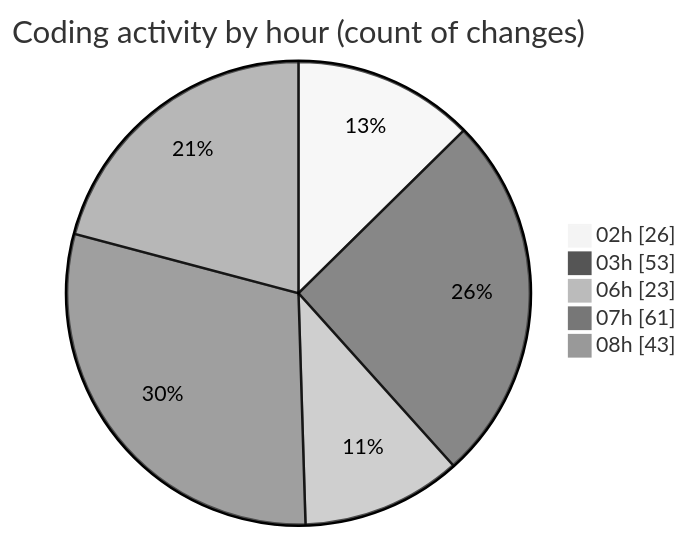
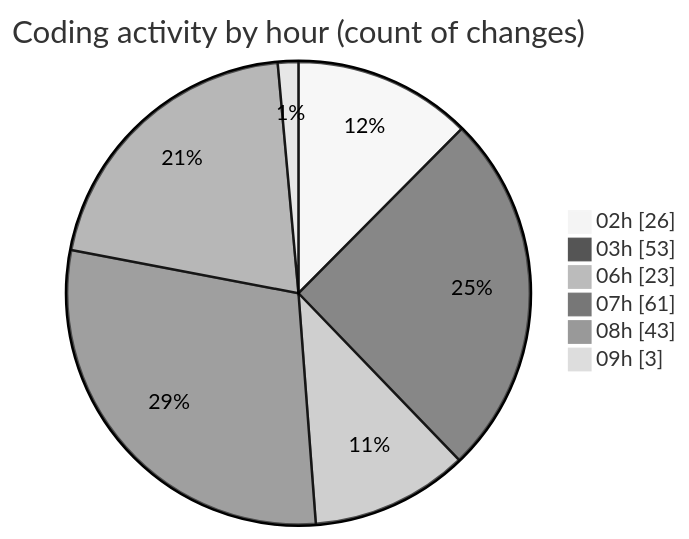
One commit to charlie-sans/code-tracking changed the second of 2 diagrams in 2025-02-22/micros/README.md. Above: the diagram before and after it, drawn with Mermaid (neutral theme). The commit also changed other lines of this file and 1 other file, not shown here.

````diff
--- a/2025-02-22/micros/README.md
+++ b/2025-02-22/micros/README.md
@@ -73,9 +74,10 @@
 ```mermaid
 pie showData
 title Coding activity by hour (count of changes)
 "02h" : 26
 "03h" : 53
 "06h" : 23
 "07h" : 61
 "08h" : 43
+"09h" : 3
 ```
````
